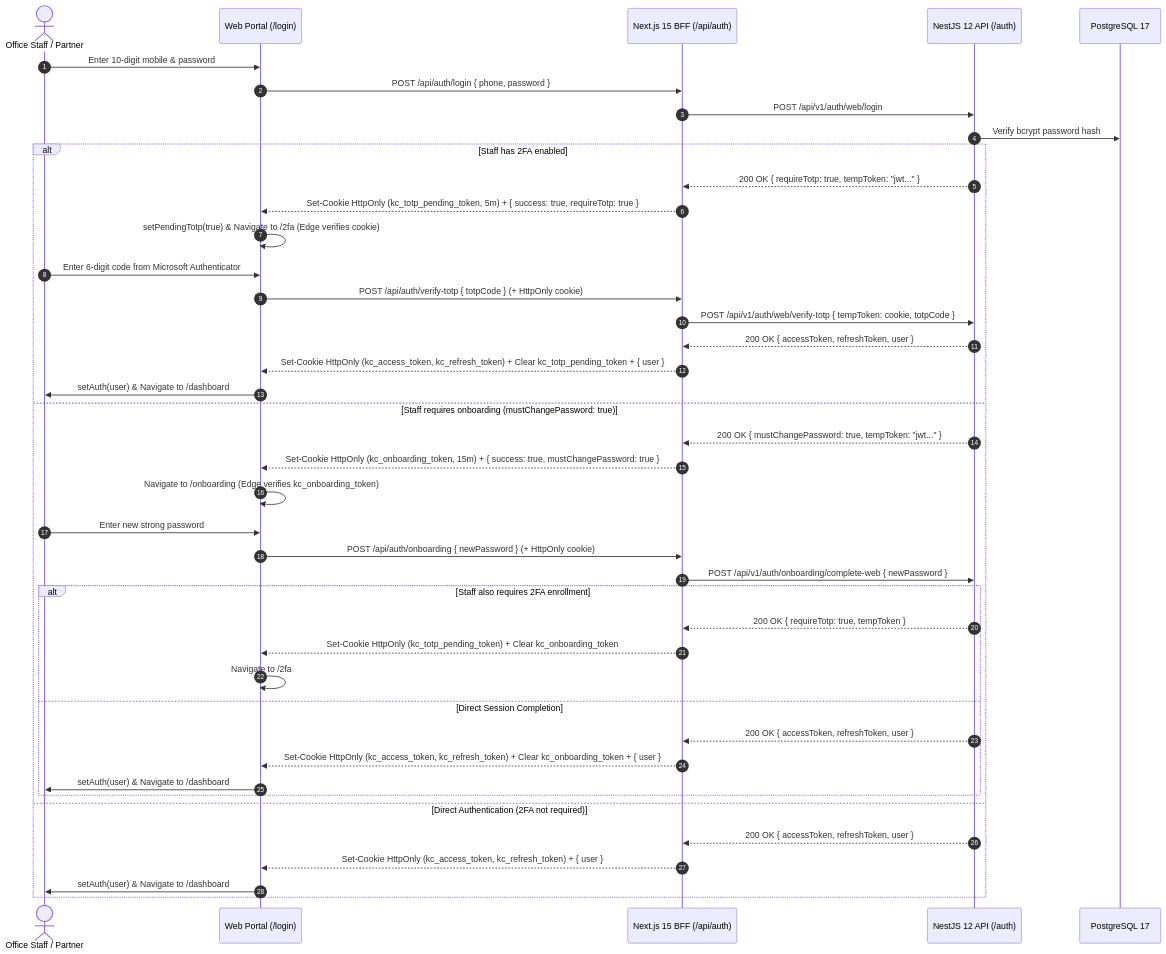
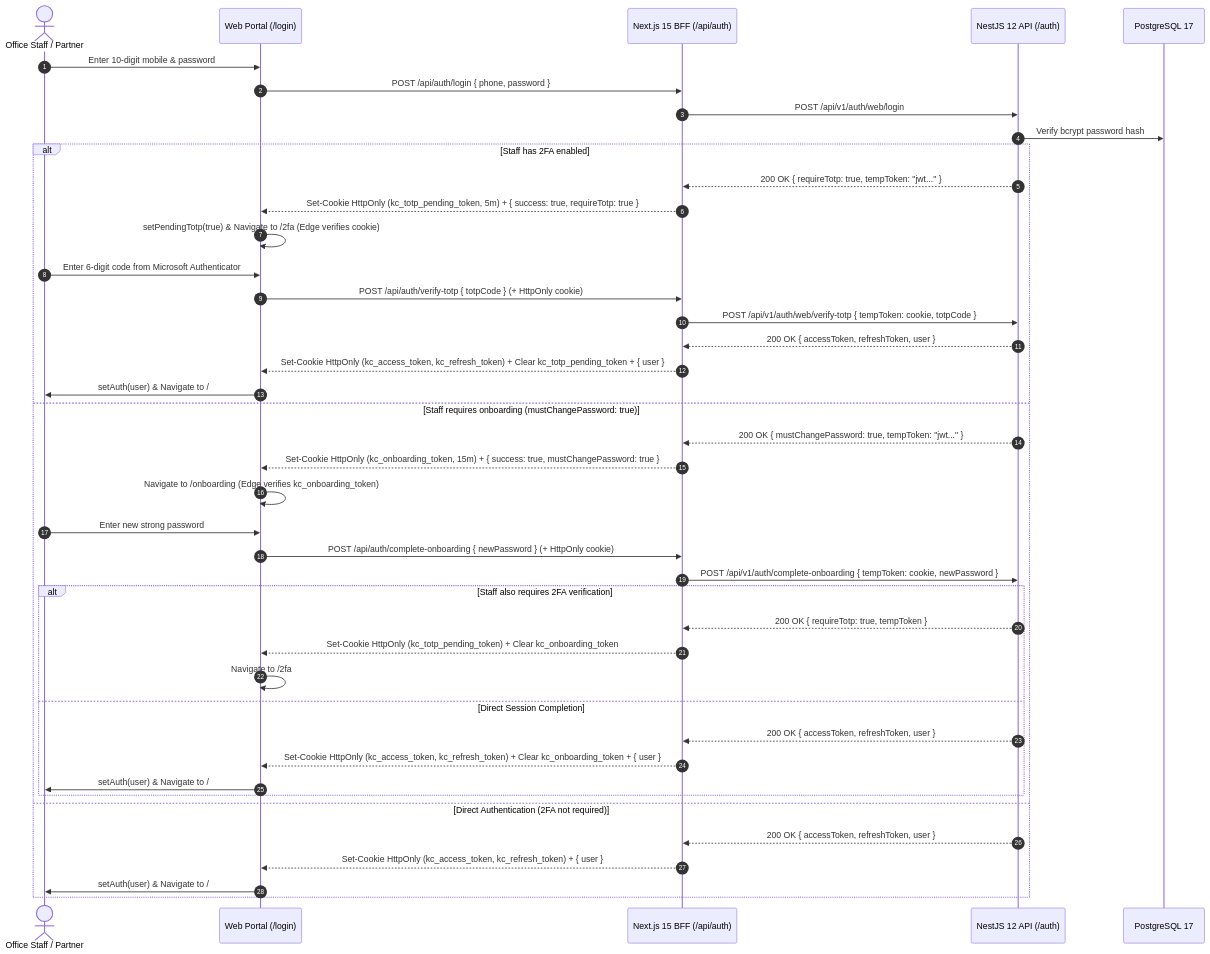
The first of 2 diagrams in docs/web/authentication-and-identity.md (Kathir-24/Kumaran-finance), drawn with Mermaid before and after one commit. The commit also changed other lines of this file and 4 other files, not shown here.

````diff
--- a/docs/web/authentication-and-identity.md
+++ b/docs/web/authentication-and-identity.md
@@ -86,45 +101,45 @@
 ```mermaid
 sequenceDiagram
     autonumber
     actor Staff as Office Staff / Partner
     participant Web as Web Portal (/login)
     participant BFF as Next.js 15 BFF (/api/auth)
     participant API as NestJS 12 API (/auth)
     participant DB as PostgreSQL 17
 
     Staff->>Web: Enter 10-digit mobile & password
     Web->>BFF: POST /api/auth/login { phone, password }
     BFF->>API: POST /api/v1/auth/web/login
     API->>DB: Verify bcrypt password hash
     alt Staff has 2FA enabled
         API-->>BFF: 200 OK { requireTotp: true, tempToken: "jwt..." }
         BFF-->>Web: Set-Cookie HttpOnly (kc_totp_pending_token, 5m) + { success: true, requireTotp: true }
         Web->>Web: setPendingTotp(true) & Navigate to /2fa (Edge verifies cookie)
         Staff->>Web: Enter 6-digit code from Microsoft Authenticator
         Web->>BFF: POST /api/auth/verify-totp { totpCode } (+ HttpOnly cookie)
         BFF->>API: POST /api/v1/auth/web/verify-totp { tempToken: cookie, totpCode }
         API-->>BFF: 200 OK { accessToken, refreshToken, user }
         BFF-->>Web: Set-Cookie HttpOnly (kc_access_token, kc_refresh_token) + Clear kc_totp_pending_token + { user }
-        Web->>Staff: setAuth(user) & Navigate to /dashboard
+        Web->>Staff: setAuth(user) & Navigate to /
     else Staff requires onboarding (mustChangePassword: true)
         API-->>BFF: 200 OK { mustChangePassword: true, tempToken: "jwt..." }
         BFF-->>Web: Set-Cookie HttpOnly (kc_onboarding_token, 15m) + { success: true, mustChangePassword: true }
         Web->>Web: Navigate to /onboarding (Edge verifies kc_onboarding_token)
         Staff->>Web: Enter new strong password
-        Web->>BFF: POST /api/auth/onboarding { newPassword } (+ HttpOnly cookie)
-        BFF->>API: POST /api/v1/auth/onboarding/complete-web { newPassword }
-        alt Staff also requires 2FA enrollment
+        Web->>BFF: POST /api/auth/complete-onboarding { newPassword } (+ HttpOnly cookie)
+        BFF->>API: POST /api/v1/auth/complete-onboarding { tempToken: cookie, newPassword }
+        alt Staff also requires 2FA verification
             API-->>BFF: 200 OK { requireTotp: true, tempToken }
             BFF-->>Web: Set-Cookie HttpOnly (kc_totp_pending_token) + Clear kc_onboarding_token
             Web->>Web: Navigate to /2fa
         else Direct Session Completion
             API-->>BFF: 200 OK { accessToken, refreshToken, user }
             BFF-->>Web: Set-Cookie HttpOnly (kc_access_token, kc_refresh_token) + Clear kc_onboarding_token + { user }
-            Web->>Staff: setAuth(user) & Navigate to /dashboard
+            Web->>Staff: setAuth(user) & Navigate to /
         end
     else Direct Authentication (2FA not required)
         API-->>BFF: 200 OK { accessToken, refreshToken, user }
         BFF-->>Web: Set-Cookie HttpOnly (kc_access_token, kc_refresh_token) + { user }
-        Web->>Staff: setAuth(user) & Navigate to /dashboard
+        Web->>Staff: setAuth(user) & Navigate to /
     end
 ```
````
